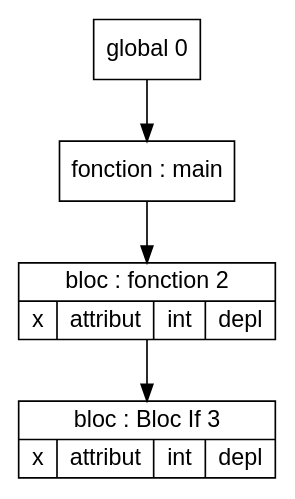
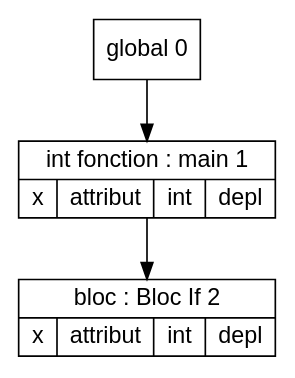
The diagram in Code/out/tds/dot/Test_Semantique/variables1.dot (Hamza-ABDOULHOUSSEN/compil), drawn with Graphviz before and after one commit. The commit also changed 51 other files, not shown here.

```diff
--- a/Code/out/tds/dot/Test_Semantique/variables1.dot
+++ b/Code/out/tds/dot/Test_Semantique/variables1.dot
@@ -1,23 +1,19 @@
 digraph "tds"{
 
 	node [fontname="Arial"];
 
-	N3 [shape=record label="{ bloc : Bloc If  3
+	N2 [shape=record label="{ bloc : Bloc If  2
 	| { x | attribut | int | depl }
 	}"];
 
-	N2 [shape=record label="{ bloc : fonction  2
+	N1 [shape=record label="{ int fonction : main 1
 	| { x | attribut | int | depl }
-	}"];
-
-	N1 [shape=record label="{ fonction : main
 	}"];
 
 	N0 [shape=record label="{ global 0
 	}"];
 
 
 	N0 -> N1; 
 	N1 -> N2; 
-	N2 -> N3; 
 }
```
